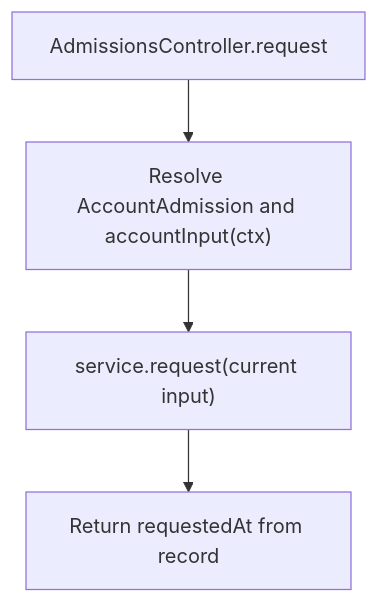
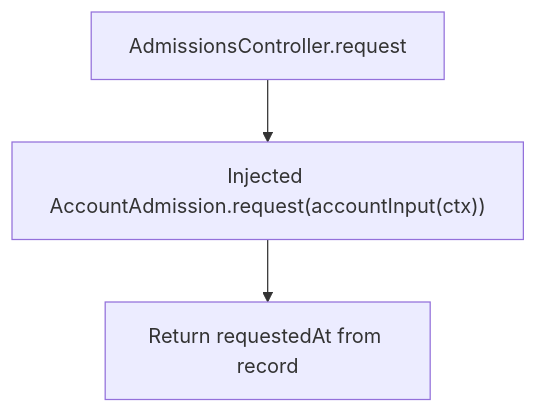
One commit to Kevinjohn/oss-adonisjs-starter-examples changed the second of 2 diagrams in user-stories/api/us-api-15-request-admission.md. Above: the diagram before and after it, drawn with Mermaid. The commit also changed other lines of this file and 16 other files, not shown here.

Commit message:
Inject the API starter admission service

````diff
--- a/user-stories/api/us-api-15-request-admission.md
+++ b/user-stories/api/us-api-15-request-admission.md
@@ -32,6 +32,5 @@
 ```mermaid
 flowchart TD
-    A["AdmissionsController.request"] --> B["Resolve AccountAdmission and accountInput(ctx)"]
-    B --> C["service.request(current input)"]
-    C --> D["Return requestedAt from record"]
+    A["AdmissionsController.request"] --> B["Injected AccountAdmission.request(accountInput(ctx))"]
+    B --> C["Return requestedAt from record"]
 ```
````
